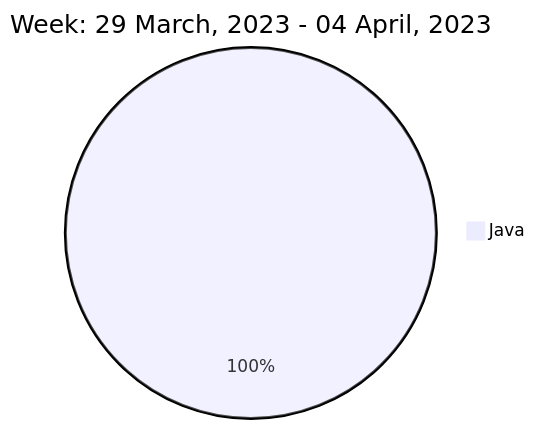
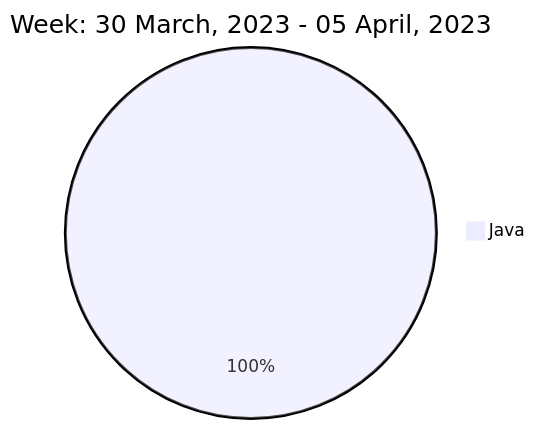
Before and after one commit to liubin95/liubin95: the diagram in README.md, drawn with Mermaid.

Commit message:
Updated the Graph with new Metrics

````diff
--- a/README.md
+++ b/README.md
@@ -40,5 +40,5 @@
 ```mermaid
  pie
-title Week: 29 March, 2023 - 04 April, 2023
- "Java" : 4.55
+title Week: 30 March, 2023 - 05 April, 2023
+ "Java" : 3.78
 ```
````
